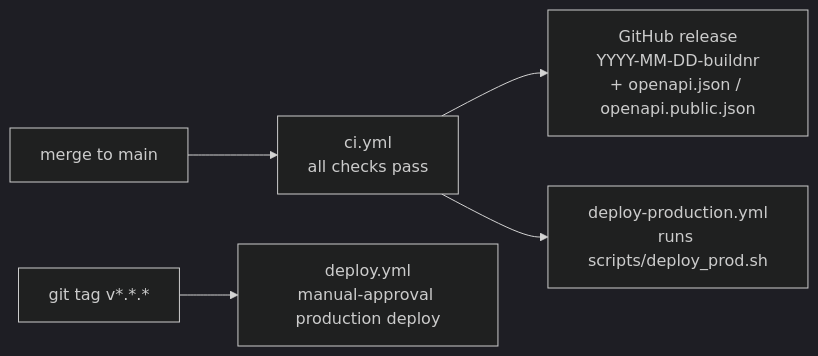
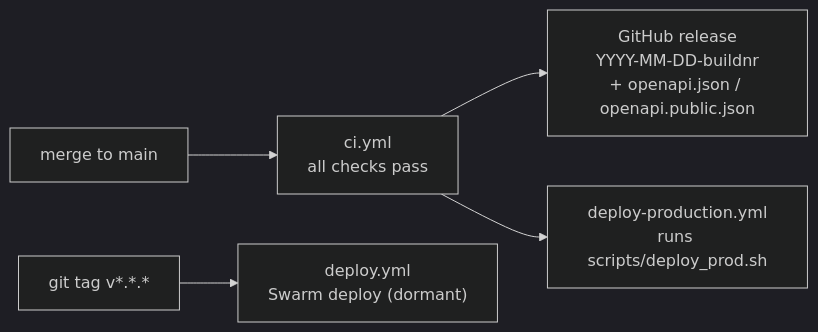
One commit to janiluuk/tahti-org changed the diagram in ops/DEPLOY.md. Above: the diagram before and after it, drawn with Mermaid (dark theme). The commit also changed other lines of this file, not shown here.

Commit message:
docs(ops): mark the v*-tag Swarm deploy path as dormant

````diff
--- a/ops/DEPLOY.md
+++ b/ops/DEPLOY.md
@@ -37,7 +37,7 @@
 ```mermaid
 flowchart LR
     M["merge to main"] --> CI["ci.yml<br/>all checks pass"]
     CI --> R["GitHub release<br/>YYYY-MM-DD-buildnr<br/>+ openapi.json / openapi.public.json"]
     CI --> P["deploy-production.yml<br/>runs scripts/deploy_prod.sh"]
-    T["git tag v*.*.*"] --> D["deploy.yml<br/>manual-approval production deploy"]
+    T["git tag v*.*.*"] --> D["deploy.yml<br/>Swarm deploy (dormant)"]
 ```
````
